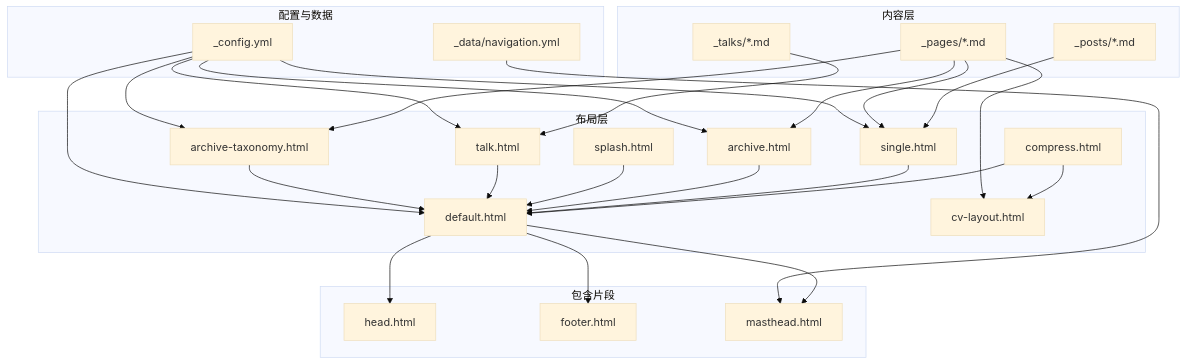
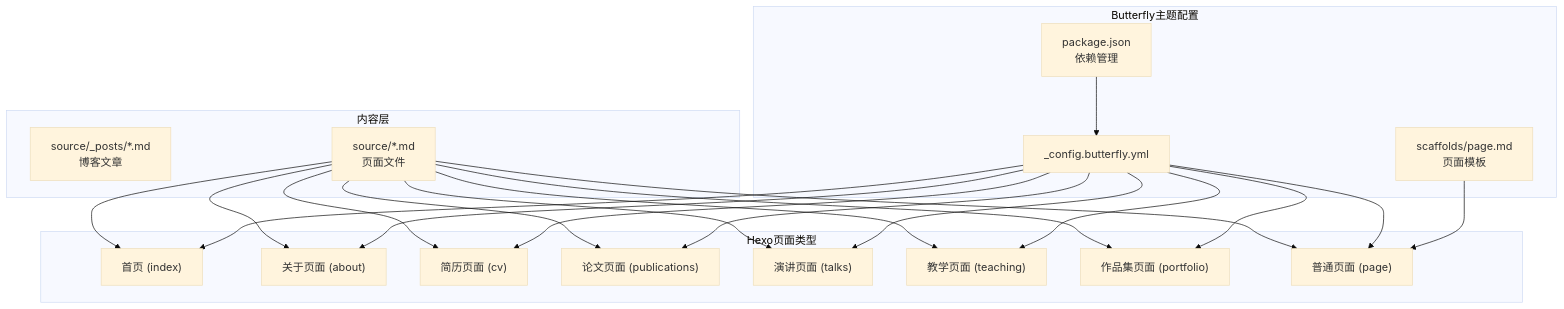
The first of 3 diagrams in .qoder/repowiki/zh/content/页面布局和模板系统/布局系统详解.md (CoolPig0720/CoolPig0720.github.io), drawn with Mermaid (base theme) before and after one commit. The commit also changed other lines of this file and 36 other files, not shown here.

````diff
--- a/.qoder/repowiki/zh/content/页面布局和模板系统/布局系统详解.md
+++ b/.qoder/repowiki/zh/content/页面布局和模板系统/布局系统详解.md
@@ -42,49 +46,40 @@
 ```mermaid
 graph TB
-subgraph "布局层"
-D["default.html"]
-S["single.html"]
-A["archive.html"]
-CV["cv-layout.html"]
-SP["splash.html"]
-T["talk.html"]
-AT["archive-taxonomy.html"]
-C["compress.html"]
+subgraph "Hexo页面类型"
+HOME["首页 (index)"]
+ABOUT["关于页面 (about)"]
+CV["简历页面 (cv)"]
+PUB["论文页面 (publications)"]
+TALK["演讲页面 (talks)"]
+TEACH["教学页面 (teaching)"]
+PORT["作品集页面 (portfolio)"]
+END["普通页面 (page)"]
 end
-subgraph "包含片段"
-H["head.html"]
-F["footer.html"]
-M["masthead.html"]
-end
-subgraph "配置与数据"
-CFG["_config.yml"]
-NAV["_data/navigation.yml"]
+subgraph "Butterfly主题配置"
+CFG["_config.butterfly.yml"]
+PKG["package.json<br/>依赖管理"]
+SCAFF["scaffolds/page.md<br/>页面模板"]
 end
 subgraph "内容层"
-P1["_posts/*.md"]
-P2["_pages/*.md"]
-P3["_talks/*.md"]
+P1["source/_posts/*.md<br/>博客文章"]
+P2["source/*.md<br/>页面文件"]
 end
-C --> D
-C --> CV
-D --> H
-D --> F
-D --> M
-S --> D
-A --> D
-SP --> D
-T --> D
-AT --> D
-P1 --> S
-P2 --> S
-P3 --> T
-P2 --> A
-P2 --> AT
+P2 --> HOME
+P2 --> ABOUT
 P2 --> CV
-CFG --> D
-CFG --> S
-CFG --> A
-CFG --> T
-CFG --> AT
-NAV --> M
+P2 --> PUB
+P2 --> TALK
+P2 --> TEACH
+P2 --> PORT
+P2 --> END
+CFG --> HOME
+CFG --> ABOUT
+CFG --> CV
+CFG --> PUB
+CFG --> TALK
+CFG --> TEACH
+CFG --> PORT
+CFG --> END
+PKG --> CFG
+SCAFF --> END
 ```
````
